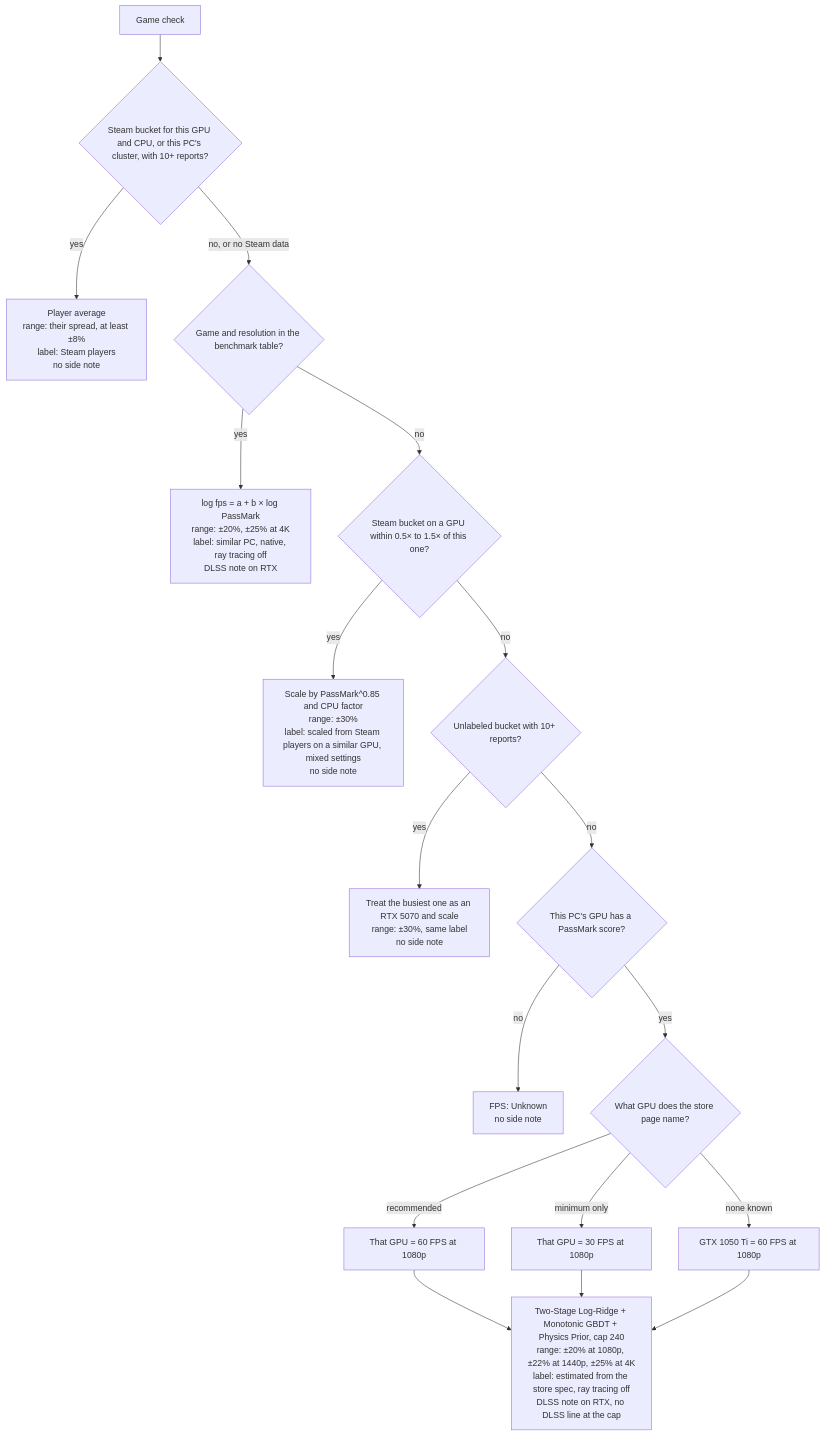
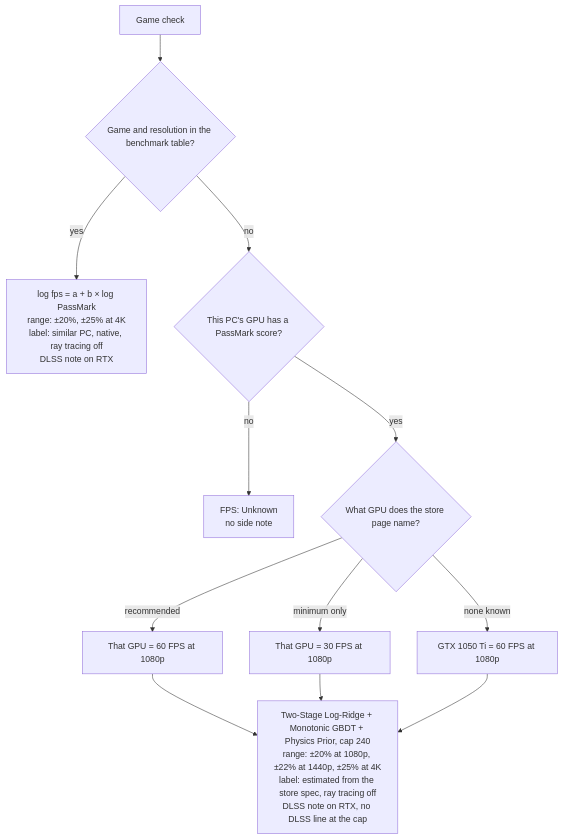
One commit to leksval/canrun changed the diagram in README.md. Above: the diagram before and after it, drawn with Mermaid. The commit also changed other lines of this file and 23 other files, not shown here.

````diff
--- a/README.md
+++ b/README.md
@@ -575,21 +724,15 @@
 ```mermaid
 flowchart TD
-    start["Game check"] --> exact{"Steam bucket for this GPU and CPU, or this PC's cluster, with 10+ reports?"}
-    exact -->|yes| steamFps["Player average<br/>range: their spread, at least ±8%<br/>label: Steam players<br/>no side note"]
-    exact -->|"no, or no Steam data"| curve{"Game and resolution in the benchmark table?"}
+    start["Game check"] --> curve{"Game and resolution in the benchmark table?"}
     curve -->|yes| similar["log fps = a + b × log PassMark<br/>range: ±20%, ±25% at 4K<br/>label: similar PC, native, ray tracing off<br/>DLSS note on RTX"]
-    curve -->|no| near{"Steam bucket on a GPU within 0.5× to 1.5× of this one?"}
-    near -->|yes| scaled["Scale by PassMark^0.85 and CPU factor<br/>range: ±30%<br/>label: scaled from Steam players on a similar GPU, mixed settings<br/>no side note"]
-    near -->|no| leader{"Unlabeled bucket with 10+ reports?"}
-    leader -->|yes| survey["Treat the busiest one as an RTX 5070 and scale<br/>range: ±30%, same label<br/>no side note"]
-    leader -->|no| known{"This PC's GPU has a PassMark score?"}
+    curve -->|no| known{"This PC's GPU has a PassMark score?"}
     known -->|no| unknown["FPS: Unknown<br/>no side note"]
     known -->|yes| req{"What GPU does the store page name?"}
     req -->|recommended| rec["That GPU = 60 FPS at 1080p"]
     req -->|minimum only| mini["That GPU = 30 FPS at 1080p"]
     req -->|none known| modest["GTX 1050 Ti = 60 FPS at 1080p"]
     rec --> reqScale
     mini --> reqScale
     modest --> reqScale
     reqScale["Two-Stage Log-Ridge + Monotonic GBDT + Physics Prior, cap 240<br/>range: ±20% at 1080p, ±22% at 1440p, ±25% at 4K<br/>label: estimated from the store spec, ray tracing off<br/>DLSS note on RTX, no DLSS line at the cap"]
 ```
````
